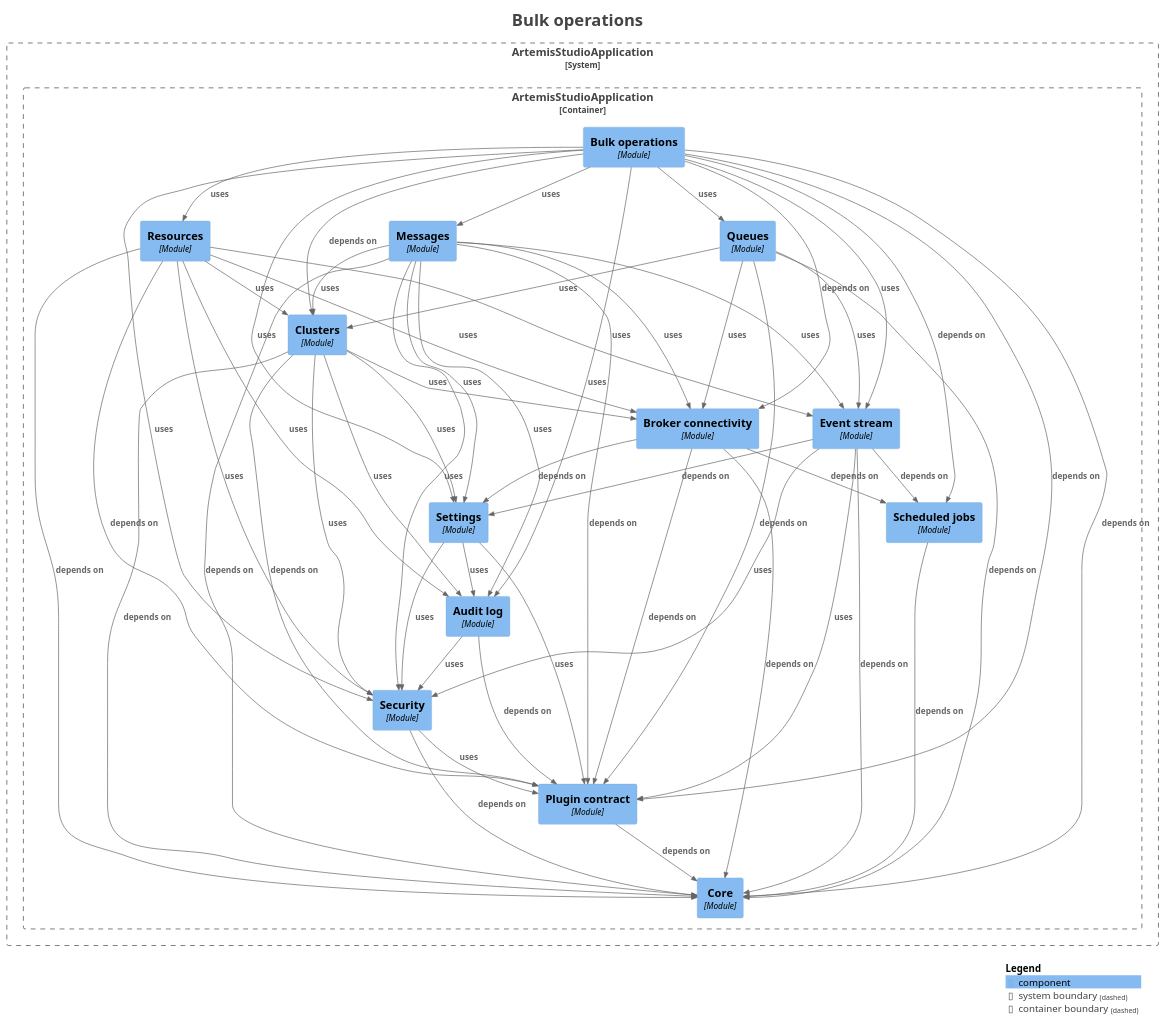
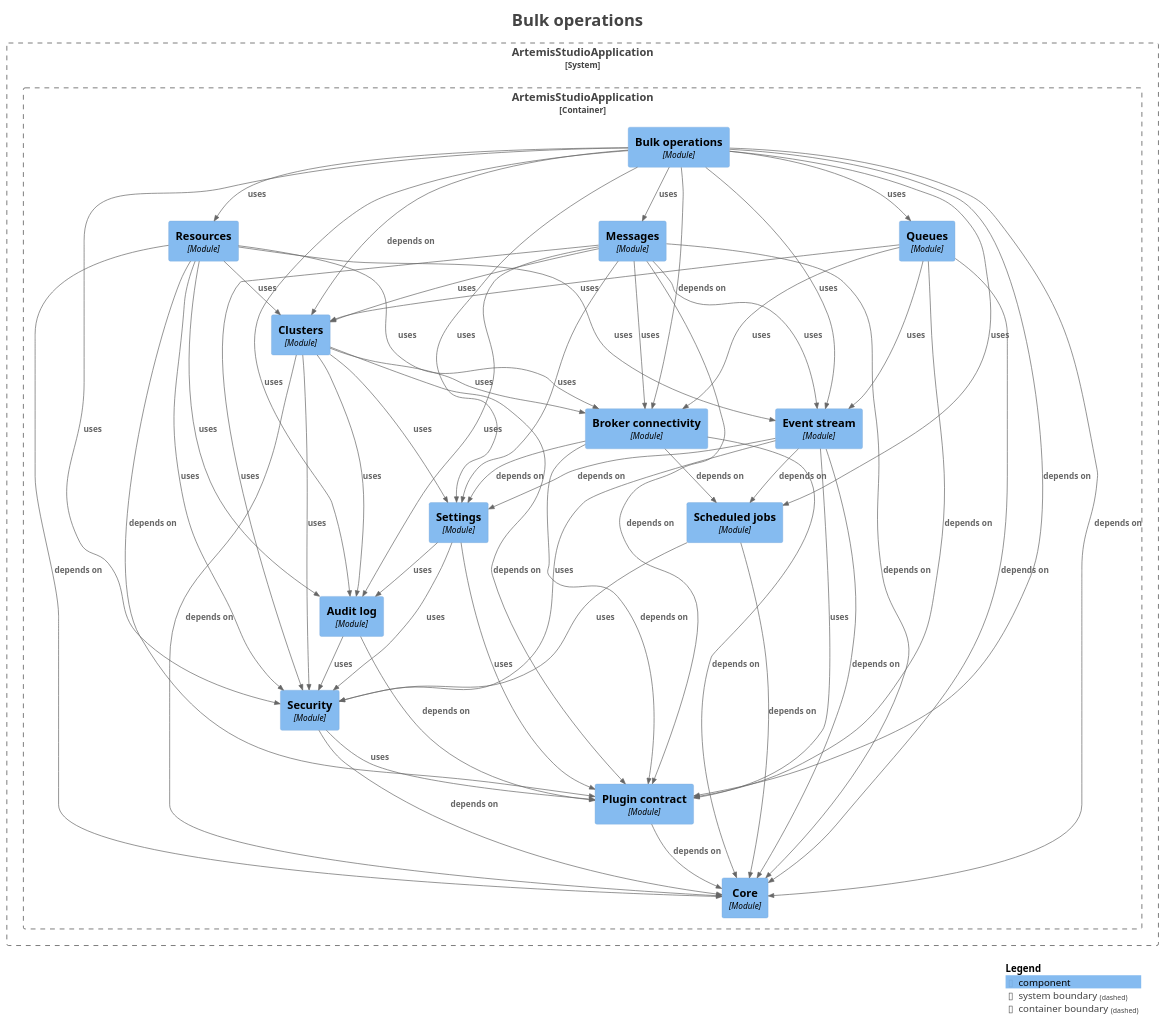
The diagram in docs/modules/module-feature.bulk.puml (sudoitir/artemis-studio), drawn with PlantUML before and after one commit. The commit also changed 29 other files, not shown here.

```diff
--- a/docs/modules/module-feature.bulk.puml
+++ b/docs/modules/module-feature.bulk.puml
@@ -1,96 +1,97 @@
 @startuml
 title <size:24>Bulk operations</size>
 
 set separator none
 top to bottom direction
 
 <style>
   root {
     BackgroundColor: #ffffff
     FontColor: #444444
   }
 </style>
 
 !include <C4/C4>
 !include <C4/C4_Context>
 !include <C4/C4_Component>
 
 System_Boundary("ArtemisStudioApplication_boundary", "ArtemisStudioApplication", $tags="") {
   Container_Boundary("ArtemisStudioApplication.ArtemisStudioApplication_boundary", "ArtemisStudioApplication", $tags="") {
     Component(ArtemisStudioApplication.ArtemisStudioApplication.Settings, "Settings", $techn="Module", $descr="", $tags="", $link="")
     Component(ArtemisStudioApplication.ArtemisStudioApplication.Eventstream, "Event stream", $techn="Module", $descr="", $tags="", $link="")
     Component(ArtemisStudioApplication.ArtemisStudioApplication.Brokerconnectivity, "Broker connectivity", $techn="Module", $descr="", $tags="", $link="")
     Component(ArtemisStudioApplication.ArtemisStudioApplication.Clusters, "Clusters", $techn="Module", $descr="", $tags="", $link="")
     Component(ArtemisStudioApplication.ArtemisStudioApplication.Messages, "Messages", $techn="Module", $descr="", $tags="", $link="")
     Component(ArtemisStudioApplication.ArtemisStudioApplication.Queues, "Queues", $techn="Module", $descr="", $tags="", $link="")
     Component(ArtemisStudioApplication.ArtemisStudioApplication.Resources, "Resources", $techn="Module", $descr="", $tags="", $link="")
     Component(ArtemisStudioApplication.ArtemisStudioApplication.Bulkoperations, "Bulk operations", $techn="Module", $descr="", $tags="", $link="")
     Component(ArtemisStudioApplication.ArtemisStudioApplication.Core, "Core", $techn="Module", $descr="", $tags="", $link="")
-    Component(ArtemisStudioApplication.ArtemisStudioApplication.Scheduledjobs, "Scheduled jobs", $techn="Module", $descr="", $tags="", $link="")
     Component(ArtemisStudioApplication.ArtemisStudioApplication.Plugincontract, "Plugin contract", $techn="Module", $descr="", $tags="", $link="")
     Component(ArtemisStudioApplication.ArtemisStudioApplication.Security, "Security", $techn="Module", $descr="", $tags="", $link="")
     Component(ArtemisStudioApplication.ArtemisStudioApplication.Auditlog, "Audit log", $techn="Module", $descr="", $tags="", $link="")
+    Component(ArtemisStudioApplication.ArtemisStudioApplication.Scheduledjobs, "Scheduled jobs", $techn="Module", $descr="", $tags="", $link="")
   }
 
 }
 
 Rel(ArtemisStudioApplication.ArtemisStudioApplication.Auditlog, ArtemisStudioApplication.ArtemisStudioApplication.Plugincontract, "depends on", $techn="", $tags="", $link="")
 Rel(ArtemisStudioApplication.ArtemisStudioApplication.Auditlog, ArtemisStudioApplication.ArtemisStudioApplication.Security, "uses", $techn="", $tags="", $link="")
 Rel(ArtemisStudioApplication.ArtemisStudioApplication.Brokerconnectivity, ArtemisStudioApplication.ArtemisStudioApplication.Core, "depends on", $techn="", $tags="", $link="")
 Rel(ArtemisStudioApplication.ArtemisStudioApplication.Brokerconnectivity, ArtemisStudioApplication.ArtemisStudioApplication.Plugincontract, "depends on", $techn="", $tags="", $link="")
 Rel(ArtemisStudioApplication.ArtemisStudioApplication.Brokerconnectivity, ArtemisStudioApplication.ArtemisStudioApplication.Scheduledjobs, "depends on", $techn="", $tags="", $link="")
 Rel(ArtemisStudioApplication.ArtemisStudioApplication.Brokerconnectivity, ArtemisStudioApplication.ArtemisStudioApplication.Settings, "depends on", $techn="", $tags="", $link="")
 Rel(ArtemisStudioApplication.ArtemisStudioApplication.Bulkoperations, ArtemisStudioApplication.ArtemisStudioApplication.Auditlog, "uses", $techn="", $tags="", $link="")
 Rel(ArtemisStudioApplication.ArtemisStudioApplication.Bulkoperations, ArtemisStudioApplication.ArtemisStudioApplication.Brokerconnectivity, "depends on", $techn="", $tags="", $link="")
 Rel(ArtemisStudioApplication.ArtemisStudioApplication.Bulkoperations, ArtemisStudioApplication.ArtemisStudioApplication.Clusters, "depends on", $techn="", $tags="", $link="")
 Rel(ArtemisStudioApplication.ArtemisStudioApplication.Bulkoperations, ArtemisStudioApplication.ArtemisStudioApplication.Core, "depends on", $techn="", $tags="", $link="")
 Rel(ArtemisStudioApplication.ArtemisStudioApplication.Bulkoperations, ArtemisStudioApplication.ArtemisStudioApplication.Eventstream, "uses", $techn="", $tags="", $link="")
 Rel(ArtemisStudioApplication.ArtemisStudioApplication.Bulkoperations, ArtemisStudioApplication.ArtemisStudioApplication.Messages, "uses", $techn="", $tags="", $link="")
 Rel(ArtemisStudioApplication.ArtemisStudioApplication.Bulkoperations, ArtemisStudioApplication.ArtemisStudioApplication.Plugincontract, "depends on", $techn="", $tags="", $link="")
 Rel(ArtemisStudioApplication.ArtemisStudioApplication.Bulkoperations, ArtemisStudioApplication.ArtemisStudioApplication.Queues, "uses", $techn="", $tags="", $link="")
 Rel(ArtemisStudioApplication.ArtemisStudioApplication.Bulkoperations, ArtemisStudioApplication.ArtemisStudioApplication.Resources, "uses", $techn="", $tags="", $link="")
-Rel(ArtemisStudioApplication.ArtemisStudioApplication.Bulkoperations, ArtemisStudioApplication.ArtemisStudioApplication.Scheduledjobs, "depends on", $techn="", $tags="", $link="")
+Rel(ArtemisStudioApplication.ArtemisStudioApplication.Bulkoperations, ArtemisStudioApplication.ArtemisStudioApplication.Scheduledjobs, "uses", $techn="", $tags="", $link="")
 Rel(ArtemisStudioApplication.ArtemisStudioApplication.Bulkoperations, ArtemisStudioApplication.ArtemisStudioApplication.Security, "uses", $techn="", $tags="", $link="")
 Rel(ArtemisStudioApplication.ArtemisStudioApplication.Bulkoperations, ArtemisStudioApplication.ArtemisStudioApplication.Settings, "uses", $techn="", $tags="", $link="")
 Rel(ArtemisStudioApplication.ArtemisStudioApplication.Clusters, ArtemisStudioApplication.ArtemisStudioApplication.Auditlog, "uses", $techn="", $tags="", $link="")
 Rel(ArtemisStudioApplication.ArtemisStudioApplication.Clusters, ArtemisStudioApplication.ArtemisStudioApplication.Brokerconnectivity, "uses", $techn="", $tags="", $link="")
 Rel(ArtemisStudioApplication.ArtemisStudioApplication.Clusters, ArtemisStudioApplication.ArtemisStudioApplication.Core, "depends on", $techn="", $tags="", $link="")
 Rel(ArtemisStudioApplication.ArtemisStudioApplication.Clusters, ArtemisStudioApplication.ArtemisStudioApplication.Plugincontract, "depends on", $techn="", $tags="", $link="")
 Rel(ArtemisStudioApplication.ArtemisStudioApplication.Clusters, ArtemisStudioApplication.ArtemisStudioApplication.Security, "uses", $techn="", $tags="", $link="")
 Rel(ArtemisStudioApplication.ArtemisStudioApplication.Clusters, ArtemisStudioApplication.ArtemisStudioApplication.Settings, "uses", $techn="", $tags="", $link="")
 Rel(ArtemisStudioApplication.ArtemisStudioApplication.Eventstream, ArtemisStudioApplication.ArtemisStudioApplication.Core, "depends on", $techn="", $tags="", $link="")
 Rel(ArtemisStudioApplication.ArtemisStudioApplication.Eventstream, ArtemisStudioApplication.ArtemisStudioApplication.Plugincontract, "uses", $techn="", $tags="", $link="")
 Rel(ArtemisStudioApplication.ArtemisStudioApplication.Eventstream, ArtemisStudioApplication.ArtemisStudioApplication.Scheduledjobs, "depends on", $techn="", $tags="", $link="")
 Rel(ArtemisStudioApplication.ArtemisStudioApplication.Eventstream, ArtemisStudioApplication.ArtemisStudioApplication.Security, "uses", $techn="", $tags="", $link="")
 Rel(ArtemisStudioApplication.ArtemisStudioApplication.Eventstream, ArtemisStudioApplication.ArtemisStudioApplication.Settings, "depends on", $techn="", $tags="", $link="")
 Rel(ArtemisStudioApplication.ArtemisStudioApplication.Messages, ArtemisStudioApplication.ArtemisStudioApplication.Auditlog, "uses", $techn="", $tags="", $link="")
 Rel(ArtemisStudioApplication.ArtemisStudioApplication.Messages, ArtemisStudioApplication.ArtemisStudioApplication.Brokerconnectivity, "uses", $techn="", $tags="", $link="")
 Rel(ArtemisStudioApplication.ArtemisStudioApplication.Messages, ArtemisStudioApplication.ArtemisStudioApplication.Clusters, "uses", $techn="", $tags="", $link="")
 Rel(ArtemisStudioApplication.ArtemisStudioApplication.Messages, ArtemisStudioApplication.ArtemisStudioApplication.Core, "depends on", $techn="", $tags="", $link="")
 Rel(ArtemisStudioApplication.ArtemisStudioApplication.Messages, ArtemisStudioApplication.ArtemisStudioApplication.Eventstream, "uses", $techn="", $tags="", $link="")
 Rel(ArtemisStudioApplication.ArtemisStudioApplication.Messages, ArtemisStudioApplication.ArtemisStudioApplication.Plugincontract, "depends on", $techn="", $tags="", $link="")
 Rel(ArtemisStudioApplication.ArtemisStudioApplication.Messages, ArtemisStudioApplication.ArtemisStudioApplication.Security, "uses", $techn="", $tags="", $link="")
 Rel(ArtemisStudioApplication.ArtemisStudioApplication.Messages, ArtemisStudioApplication.ArtemisStudioApplication.Settings, "uses", $techn="", $tags="", $link="")
 Rel(ArtemisStudioApplication.ArtemisStudioApplication.Plugincontract, ArtemisStudioApplication.ArtemisStudioApplication.Core, "depends on", $techn="", $tags="", $link="")
 Rel(ArtemisStudioApplication.ArtemisStudioApplication.Queues, ArtemisStudioApplication.ArtemisStudioApplication.Brokerconnectivity, "uses", $techn="", $tags="", $link="")
 Rel(ArtemisStudioApplication.ArtemisStudioApplication.Queues, ArtemisStudioApplication.ArtemisStudioApplication.Clusters, "uses", $techn="", $tags="", $link="")
 Rel(ArtemisStudioApplication.ArtemisStudioApplication.Queues, ArtemisStudioApplication.ArtemisStudioApplication.Core, "depends on", $techn="", $tags="", $link="")
 Rel(ArtemisStudioApplication.ArtemisStudioApplication.Queues, ArtemisStudioApplication.ArtemisStudioApplication.Eventstream, "uses", $techn="", $tags="", $link="")
 Rel(ArtemisStudioApplication.ArtemisStudioApplication.Queues, ArtemisStudioApplication.ArtemisStudioApplication.Plugincontract, "depends on", $techn="", $tags="", $link="")
 Rel(ArtemisStudioApplication.ArtemisStudioApplication.Resources, ArtemisStudioApplication.ArtemisStudioApplication.Auditlog, "uses", $techn="", $tags="", $link="")
 Rel(ArtemisStudioApplication.ArtemisStudioApplication.Resources, ArtemisStudioApplication.ArtemisStudioApplication.Brokerconnectivity, "uses", $techn="", $tags="", $link="")
 Rel(ArtemisStudioApplication.ArtemisStudioApplication.Resources, ArtemisStudioApplication.ArtemisStudioApplication.Clusters, "uses", $techn="", $tags="", $link="")
 Rel(ArtemisStudioApplication.ArtemisStudioApplication.Resources, ArtemisStudioApplication.ArtemisStudioApplication.Core, "depends on", $techn="", $tags="", $link="")
 Rel(ArtemisStudioApplication.ArtemisStudioApplication.Resources, ArtemisStudioApplication.ArtemisStudioApplication.Eventstream, "uses", $techn="", $tags="", $link="")
 Rel(ArtemisStudioApplication.ArtemisStudioApplication.Resources, ArtemisStudioApplication.ArtemisStudioApplication.Plugincontract, "depends on", $techn="", $tags="", $link="")
 Rel(ArtemisStudioApplication.ArtemisStudioApplication.Resources, ArtemisStudioApplication.ArtemisStudioApplication.Security, "uses", $techn="", $tags="", $link="")
 Rel(ArtemisStudioApplication.ArtemisStudioApplication.Scheduledjobs, ArtemisStudioApplication.ArtemisStudioApplication.Core, "depends on", $techn="", $tags="", $link="")
+Rel(ArtemisStudioApplication.ArtemisStudioApplication.Scheduledjobs, ArtemisStudioApplication.ArtemisStudioApplication.Security, "uses", $techn="", $tags="", $link="")
 Rel(ArtemisStudioApplication.ArtemisStudioApplication.Security, ArtemisStudioApplication.ArtemisStudioApplication.Core, "depends on", $techn="", $tags="", $link="")
 Rel(ArtemisStudioApplication.ArtemisStudioApplication.Security, ArtemisStudioApplication.ArtemisStudioApplication.Plugincontract, "uses", $techn="", $tags="", $link="")
 Rel(ArtemisStudioApplication.ArtemisStudioApplication.Settings, ArtemisStudioApplication.ArtemisStudioApplication.Auditlog, "uses", $techn="", $tags="", $link="")
 Rel(ArtemisStudioApplication.ArtemisStudioApplication.Settings, ArtemisStudioApplication.ArtemisStudioApplication.Plugincontract, "uses", $techn="", $tags="", $link="")
 Rel(ArtemisStudioApplication.ArtemisStudioApplication.Settings, ArtemisStudioApplication.ArtemisStudioApplication.Security, "uses", $techn="", $tags="", $link="")
 
 SHOW_LEGEND(true)
 hide stereotypes
 @enduml
```
